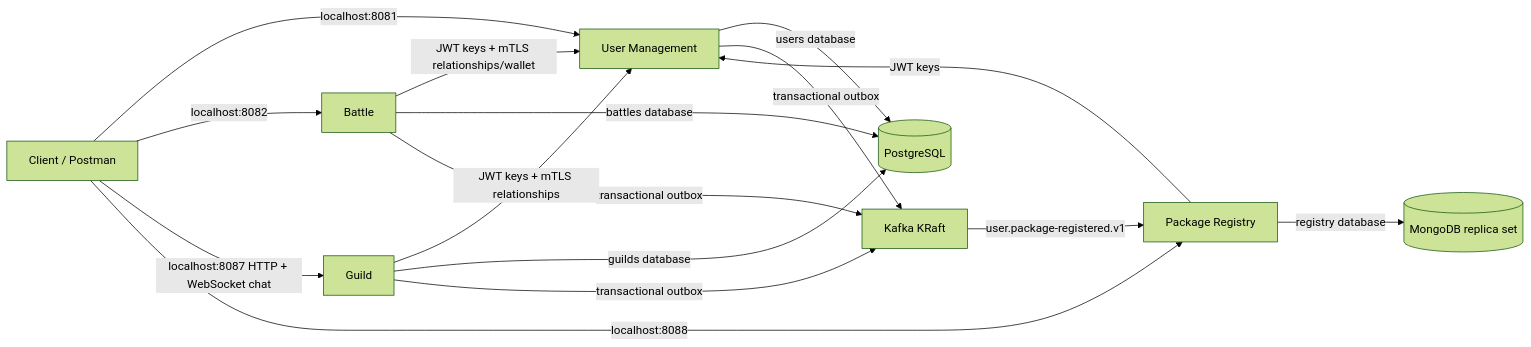
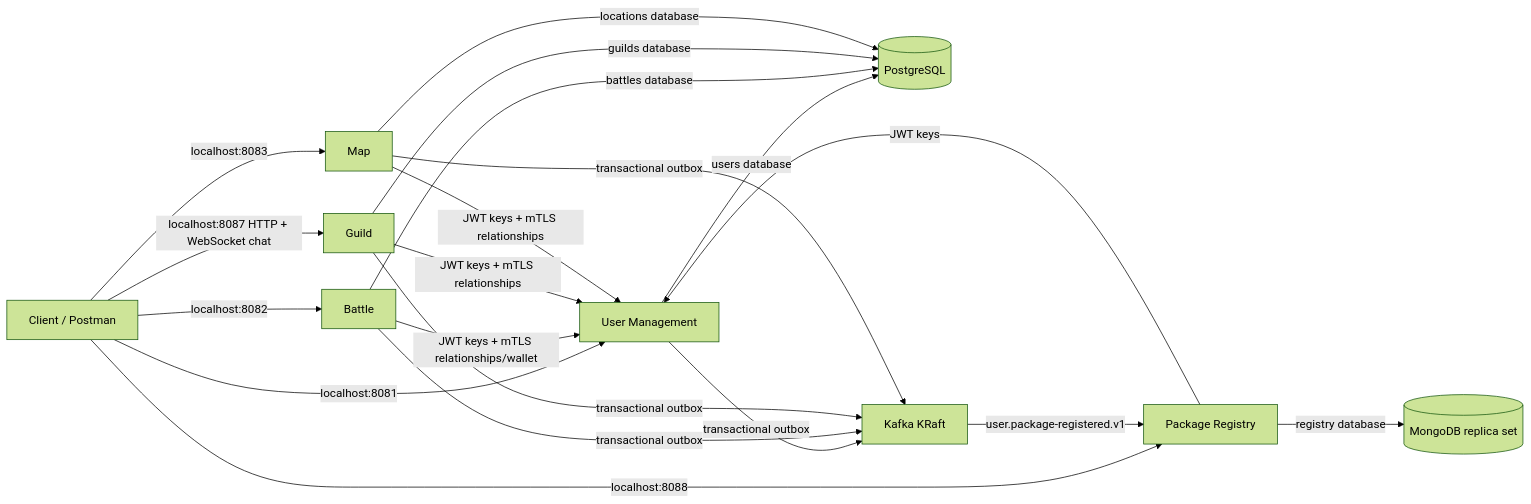
The first of 2 diagrams in ARCHITECTURE.md (AlexDandy77/tamagotchi-go), drawn with Mermaid (forest theme) before and after one commit. The commit also changed other lines of this file and 1 other file, not shown here.

Commit message:
docs(common): document Map in the lab deployment

````diff
--- a/ARCHITECTURE.md
+++ b/ARCHITECTURE.md
@@ -7,18 +7,22 @@
 ```mermaid
 flowchart LR
   C[Client / Postman] -->|localhost:8081| U[User Management]
   C -->|localhost:8082| B[Battle]
   B -->|JWT keys + mTLS relationships/wallet| U
   U -->|users database| P[(PostgreSQL)]
   B -->|battles database| P
   U -->|transactional outbox| K[Kafka KRaft]
   B -->|transactional outbox| K
   C -->|localhost:8087 HTTP + WebSocket chat| G[Guild]
   C -->|localhost:8088| R[Package Registry]
   G -->|JWT keys + mTLS relationships| U
   R -->|JWT keys| U
   G -->|guilds database| P
   G -->|transactional outbox| K
   R -->|registry database| M[(MongoDB replica set)]
   K -->|user.package-registered.v1| R
+  C -->|localhost:8083| MP[Map]
+  MP -->|JWT keys + mTLS relationships| U
+  MP -->|locations database| P
+  MP -->|transactional outbox| K
 ```
````
